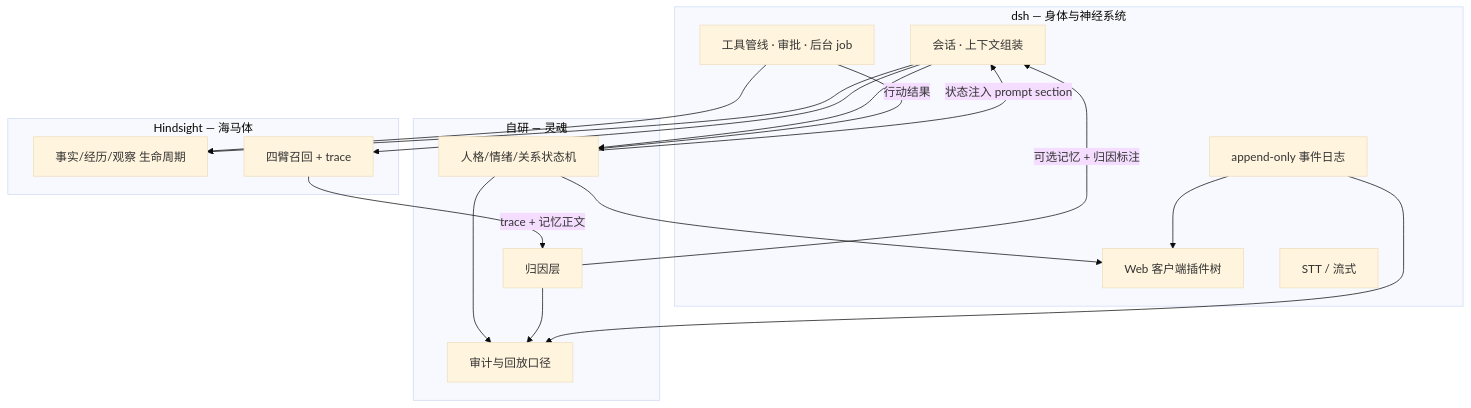
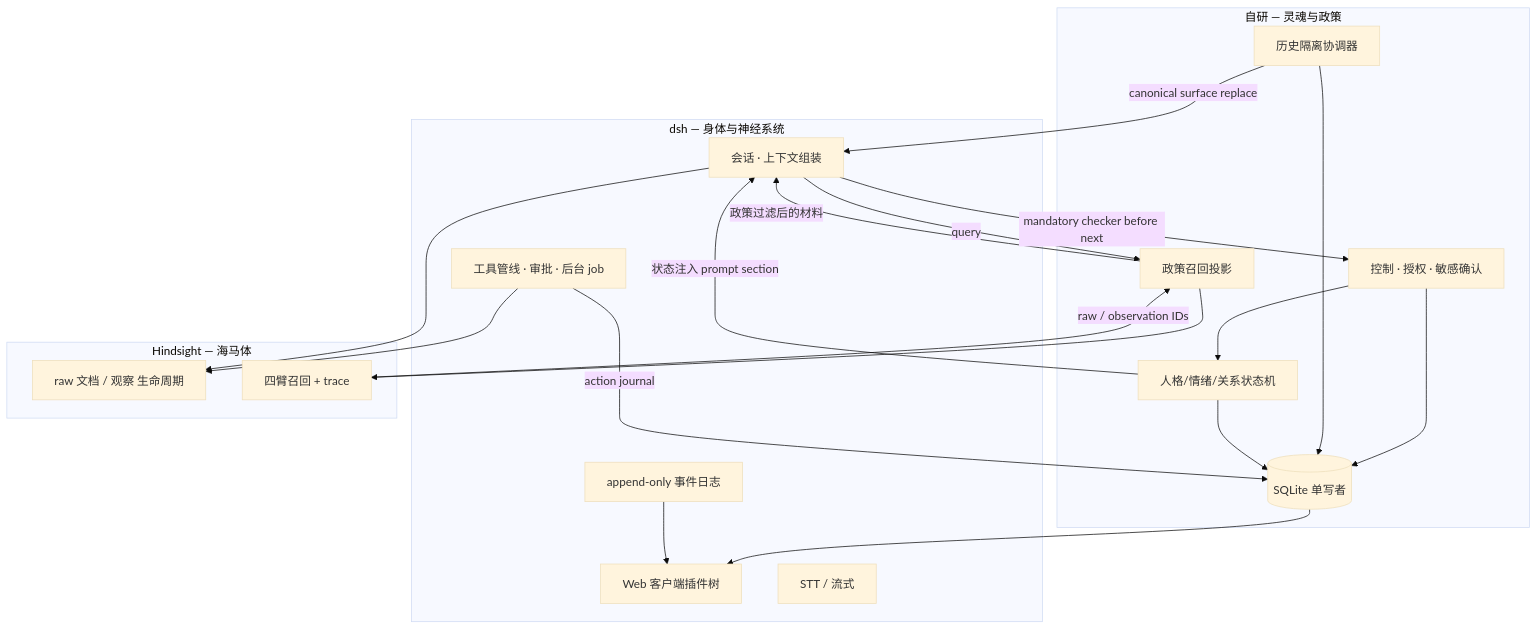
The first of 2 diagrams in CONCEPTS.md (LyCecilion/lepimemory), drawn with Mermaid (base theme) before and after one commit. The commit also changed other lines of this file and 50 other files, not shown here.

````diff
--- a/CONCEPTS.md
+++ b/CONCEPTS.md
@@ -117,33 +106,38 @@
 ```mermaid
 flowchart TB
     subgraph Body["dsh — 身体与神经系统"]
         CONV[会话 · 上下文组装]
         LOG[append-only 事件日志]
         TOOLS[工具管线 · 审批 · 后台 job]
         UI[Web 客户端插件树]
         VOICE[STT / 流式]
     end
-    subgraph Soul["自研 — 灵魂"]
+    subgraph Soul["自研 — 灵魂与政策"]
+        STORE[(SQLite 单写者)]
         PSM[人格/情绪/关系状态机]
-        ATTR[归因层]
-        AUDIT[审计与回放口径]
+        CTRL[控制 · 授权 · 敏感确认]
+        HIST[历史隔离协调器]
+        ATTR[政策召回投影]
     end
     subgraph Hippo["Hindsight — 海马体"]
-        MEM[事实/经历/观察 生命周期]
+        MEM[raw 文档 / 观察 生命周期]
         RCL[四臂召回 + trace]
     end
 
-    CONV --> PSM
+    CONV -->|mandatory checker before next| CTRL
+    CTRL --> PSM
     PSM -->|状态注入 prompt section| CONV
-    CONV --> RCL
-    RCL -->|trace + 记忆正文| ATTR
-    ATTR -->|可选记忆 + 归因标注| CONV
-    TOOLS -->|行动结果| PSM
+    CONV -->|query| ATTR
+    ATTR --> RCL
+    RCL -->|raw / observation IDs| ATTR
+    ATTR -->|政策过滤后的材料| CONV
+    TOOLS -->|action journal| STORE
     TOOLS --> MEM
     CONV --> MEM
-    PSM --> AUDIT
-    ATTR --> AUDIT
-    LOG --> AUDIT
+    CTRL --> STORE
+    HIST --> STORE
+    HIST -->|canonical surface replace| CONV
+    PSM --> STORE
+    STORE --> UI
     LOG --> UI
-    PSM --> UI
 ```
````
